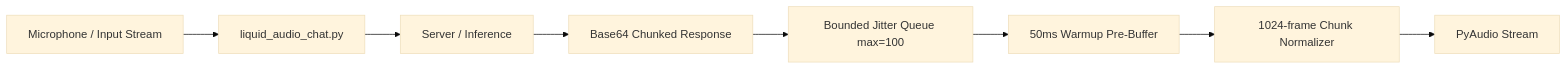
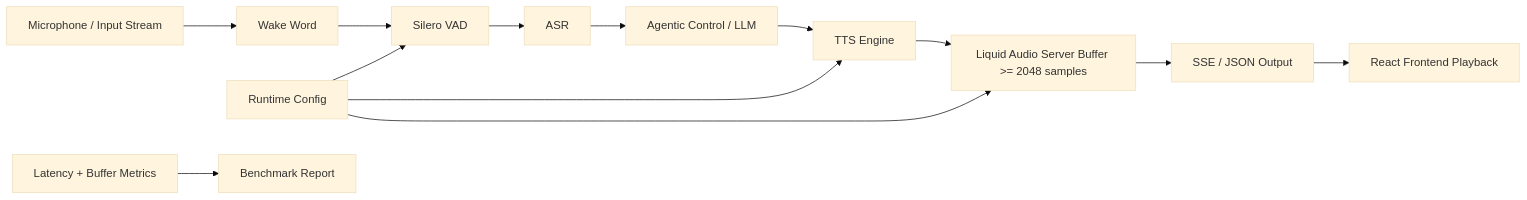
One commit to ggml-org/llama.cpp changed the diagram in .agents/reports/auralis-audio-optimization.md. Above: the diagram before and after it, drawn with Mermaid (base theme). The commit also changed other lines of this file and 3 other files, not shown here.

First line of the commit message:
Optimize Liquid Audio Server streaming output

````diff
--- a/.agents/reports/auralis-audio-optimization.md
+++ b/.agents/reports/auralis-audio-optimization.md
@@ -25,10 +29,16 @@
 ```mermaid
 flowchart LR
-    Mic[Microphone / Input Stream] --> Chat[liquid_audio_chat.py]
-    Chat --> Inference[Server / Inference]
-    Inference --> Base64PCM[Base64 Chunked Response]
-    Base64PCM --> BoundedQueue[Bounded Jitter Queue max=100]
-    BoundedQueue --> PreBuffer[50ms Warmup Pre-Buffer]
-    PreBuffer --> Normalizer[1024-frame Chunk Normalizer]
-    Normalizer --> Playback[PyAudio Stream]
+    Mic[Microphone / Input Stream] --> Wake[Wake Word]
+    Wake --> VAD[Silero VAD]
+    VAD --> ASR[ASR]
+    ASR --> Agent[Agentic Control / LLM]
+    Agent --> TTS[TTS Engine]
+    TTS --> Buffer[Liquid Audio Server Buffer >= 2048 samples]
+    Buffer --> Transport[SSE / JSON Output]
+    Transport --> UI[React Frontend Playback]
+
+    Config[Runtime Config] --> VAD
+    Config --> TTS
+    Config --> Buffer
+    Metrics[Latency + Buffer Metrics] --> Report[Benchmark Report]
 ```
````
